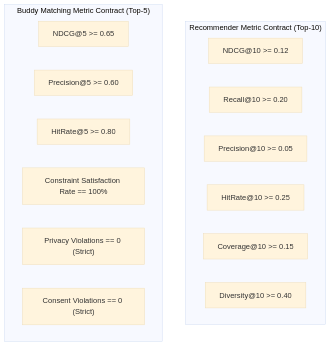
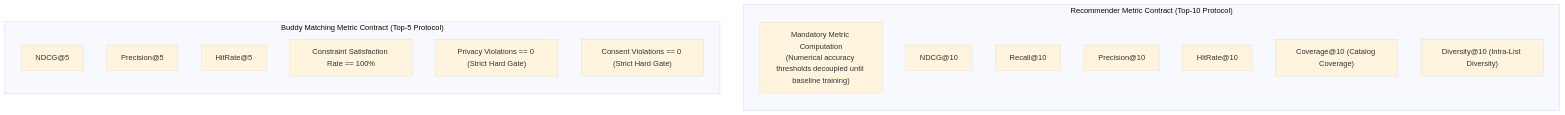
Before and after one commit to namnh102/wanderai: the second of 2 diagrams in docs/data/gomate-preference-field-audit-v1.md, drawn with Mermaid (base theme). The commit also changed other lines of this file and 8 other files, not shown here.

````diff
--- a/docs/data/gomate-preference-field-audit-v1.md
+++ b/docs/data/gomate-preference-field-audit-v1.md
@@ -97,19 +103,22 @@
 ```mermaid
 flowchart TD
-    subgraph Recommender_Contract ["Recommender Metric Contract (Top-10)"]
-        R1["NDCG@10 >= 0.12"]
-        R2["Recall@10 >= 0.20"]
-        R3["Precision@10 >= 0.05"]
-        R4["HitRate@10 >= 0.25"]
-        R5["Coverage@10 >= 0.15"]
-        R6["Diversity@10 >= 0.40"]
+    subgraph Recommender_Contract ["Recommender Metric Contract (Top-10 Protocol)"]
+        direction TB
+        R_NOTE["Mandatory Metric Computation\n(Numerical accuracy thresholds decoupled until baseline training)"]
+        R1["NDCG@10"]
+        R2["Recall@10"]
+        R3["Precision@10"]
+        R4["HitRate@10"]
+        R5["Coverage@10 (Catalog Coverage)"]
+        R6["Diversity@10 (Intra-List Diversity)"]
     end
-    subgraph Matching_Contract ["Buddy Matching Metric Contract (Top-5)"]
-        M1["NDCG@5 >= 0.65"]
-        M2["Precision@5 >= 0.60"]
-        M3["HitRate@5 >= 0.80"]
+    subgraph Matching_Contract ["Buddy Matching Metric Contract (Top-5 Protocol)"]
+        direction TB
+        M1["NDCG@5"]
+        M2["Precision@5"]
+        M3["HitRate@5"]
         M4["Constraint Satisfaction Rate == 100%"]
-        M5["Privacy Violations == 0 (Strict)"]
-        M6["Consent Violations == 0 (Strict)"]
+        M5["Privacy Violations == 0 (Strict Hard Gate)"]
+        M6["Consent Violations == 0 (Strict Hard Gate)"]
     end
 ```
````
